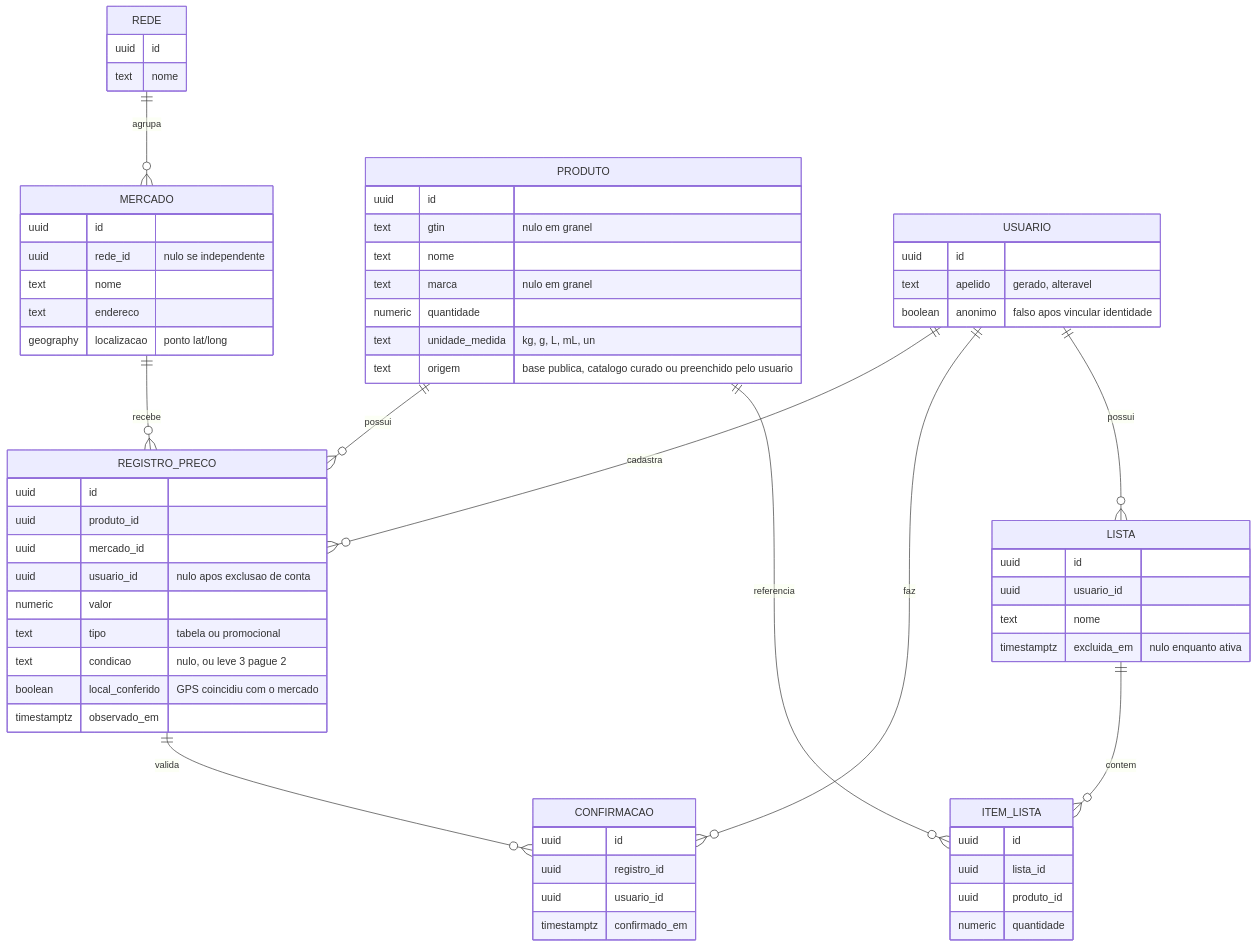
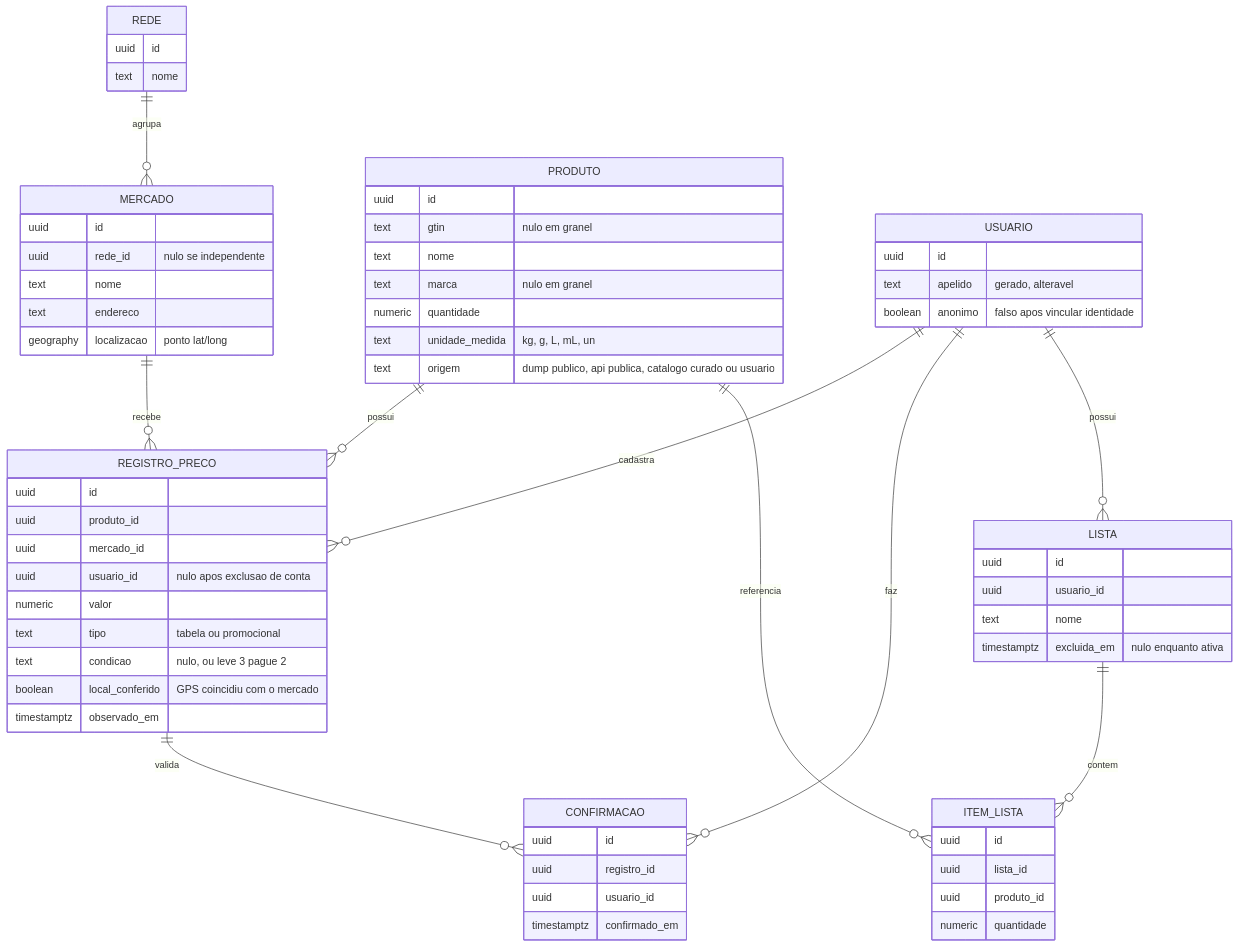
One commit to valdersonjr/bom-preco changed the diagram in artefatos/requisitos/2-analise/modelo-de-dominio.md. Above: the diagram before and after it, drawn with Mermaid. The commit also changed 3 other files, not shown here.

First line of the commit message:
docs(requisitos): base de produtos importada do dump, API como reserva

````diff
--- a/artefatos/requisitos/2-analise/modelo-de-dominio.md
+++ b/artefatos/requisitos/2-analise/modelo-de-dominio.md
@@ -26,67 +26,67 @@
 ```mermaid
 erDiagram
     REDE ||--o{ MERCADO : agrupa
     MERCADO ||--o{ REGISTRO_PRECO : recebe
     PRODUTO ||--o{ REGISTRO_PRECO : possui
     USUARIO ||--o{ REGISTRO_PRECO : cadastra
     REGISTRO_PRECO ||--o{ CONFIRMACAO : valida
     USUARIO ||--o{ CONFIRMACAO : faz
     USUARIO ||--o{ LISTA : possui
     LISTA ||--o{ ITEM_LISTA : contem
     PRODUTO ||--o{ ITEM_LISTA : referencia
 
     REDE {
         uuid id
         text nome
     }
     MERCADO {
         uuid id
         uuid rede_id "nulo se independente"
         text nome
         text endereco
         geography localizacao "ponto lat/long"
     }
     PRODUTO {
         uuid id
         text gtin "nulo em granel"
         text nome
         text marca "nulo em granel"
         numeric quantidade
         text unidade_medida "kg, g, L, mL, un"
-        text origem "base publica, catalogo curado ou preenchido pelo usuario"
+        text origem "dump publico, api publica, catalogo curado ou usuario"
     }
     REGISTRO_PRECO {
         uuid id
         uuid produto_id
         uuid mercado_id
         uuid usuario_id "nulo apos exclusao de conta"
         numeric valor
         text tipo "tabela ou promocional"
         text condicao "nulo, ou leve 3 pague 2"
         boolean local_conferido "GPS coincidiu com o mercado"
         timestamptz observado_em
     }
     CONFIRMACAO {
         uuid id
         uuid registro_id
         uuid usuario_id
         timestamptz confirmado_em
     }
     USUARIO {
         uuid id
         text apelido "gerado, alteravel"
         boolean anonimo "falso apos vincular identidade"
     }
     LISTA {
         uuid id
         uuid usuario_id
         text nome
         timestamptz excluida_em "nulo enquanto ativa"
     }
     ITEM_LISTA {
         uuid id
         uuid lista_id
         uuid produto_id
         numeric quantidade
     }
 ```
````
